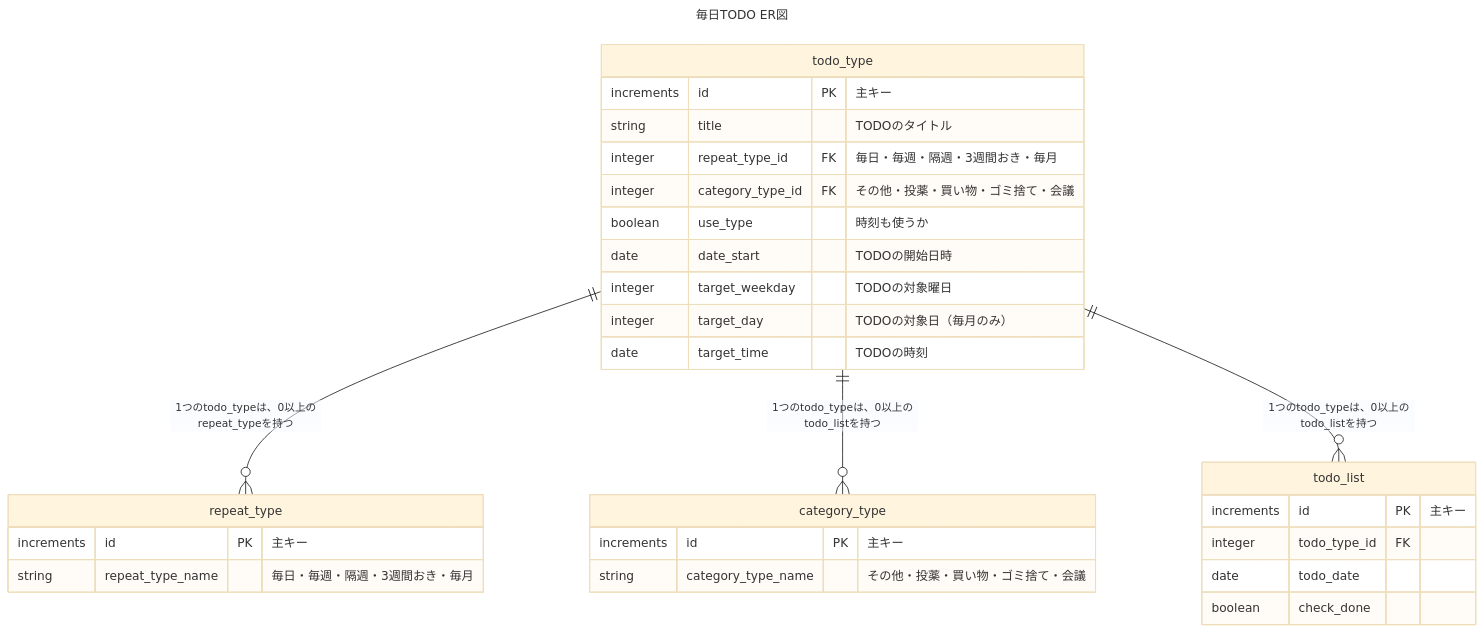
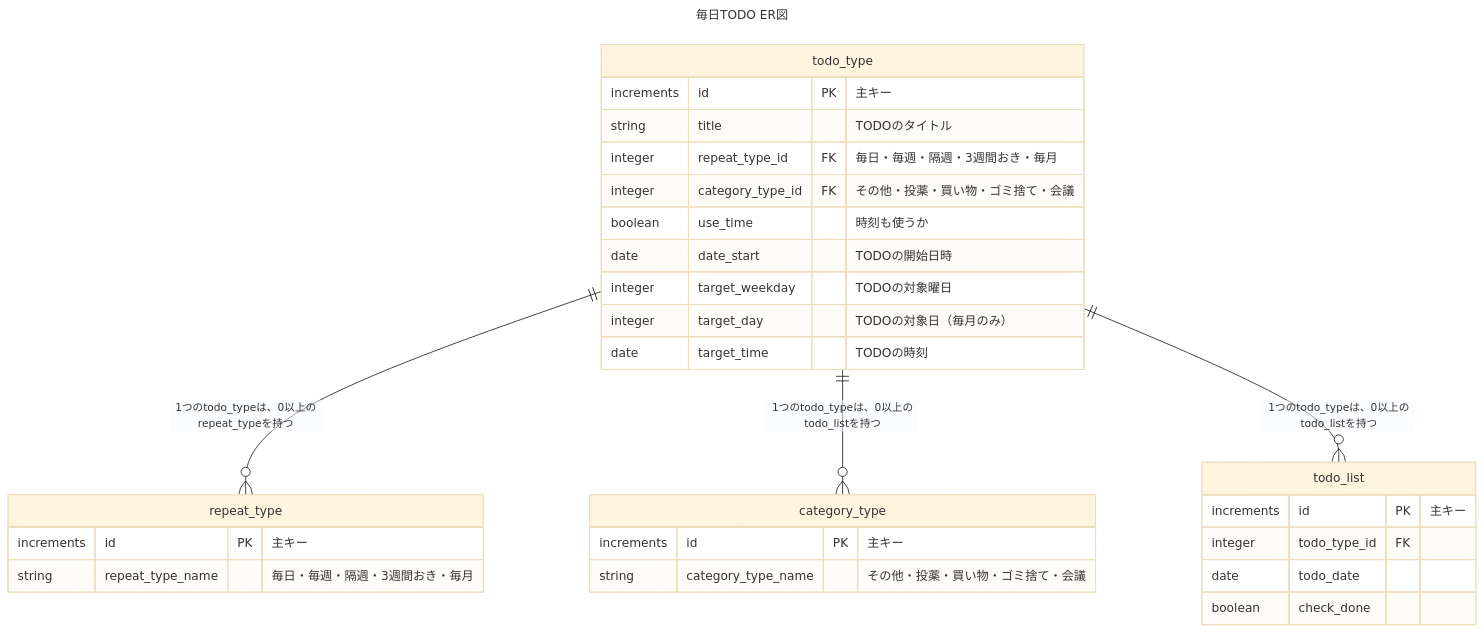
One commit to QaMuu/mainichi_todo changed the diagram in ER.md. Above: the diagram before and after it, drawn with Mermaid (base theme). The commit also changed 10 other files, not shown here.

````diff
--- a/ER.md
+++ b/ER.md
@@ -1,38 +1,38 @@
 ```mermaid
 ---
 title: "毎日TODO ER図"
 ---
 erDiagram
 repeat_type {
     increments id PK "主キー"
     string repeat_type_name "毎日・毎週・隔週・3週間おき・毎月"
 }
 
 category_type {
     increments id PK "主キー"
     string category_type_name "その他・投薬・買い物・ゴミ捨て・会議"
 }
 
 todo_type {
     increments id PK "主キー"
     string title "TODOのタイトル"
     integer repeat_type_id FK "毎日・毎週・隔週・3週間おき・毎月"
     integer category_type_id FK "その他・投薬・買い物・ゴミ捨て・会議"
-    boolean use_type "時刻も使うか"
+    boolean use_time "時刻も使うか"
     date date_start "TODOの開始日時"
     integer target_weekday "TODOの対象曜日"
     integer target_day "TODOの対象日（毎月のみ）"
     date target_time "TODOの時刻"
 }
 
 todo_list {
     increments id PK "主キー"
     integer todo_type_id FK
     date todo_date
     boolean check_done
 }
 
 todo_type ||--o{ repeat_type : "1つのtodo_typeは、0以上のrepeat_typeを持つ"
 todo_type ||--o{ category_type : "1つのtodo_typeは、0以上のtodo_listを持つ"
 todo_type ||--o{ todo_list : "1つのtodo_typeは、0以上のtodo_listを持つ"
 ```
````
